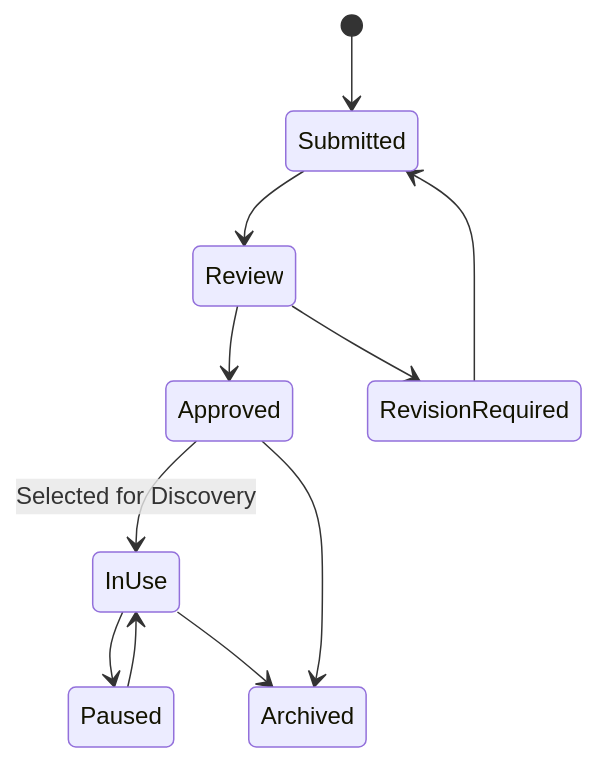
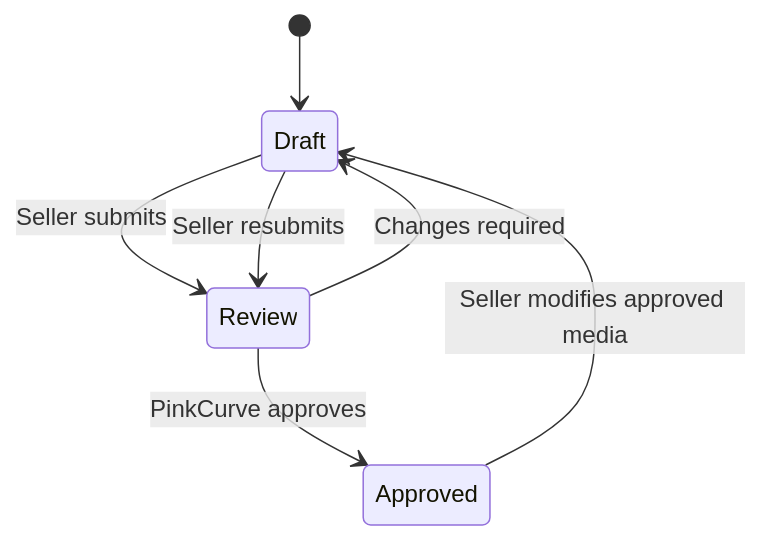
Before and after one commit to petkao/pinkcurve-blueprint: the fourth of 4 diagrams in docs/05-creative-studio.md, drawn with Mermaid. The commit also changed other lines of this file, not shown here.

````diff
--- a/docs/05-creative-studio.md
+++ b/docs/05-creative-studio.md
@@ -707,15 +962,9 @@
 ```mermaid
 stateDiagram-v2
-    [*] --> Submitted
-    Submitted --> Review
-    Review --> Approved
-    Review --> RevisionRequired
-    RevisionRequired --> Submitted
-
-    Approved --> InUse: Selected for Discovery
-    InUse --> Paused
-    Paused --> InUse
-
-    InUse --> Archived
-    Approved --> Archived
+    [*] --> Draft
+    Draft --> Review: Seller submits
+    Review --> Approved: PinkCurve approves
+    Review --> Draft: Changes required
+    Approved --> Draft: Seller modifies approved media
+    Draft --> Review: Seller resubmits
 ```
````
